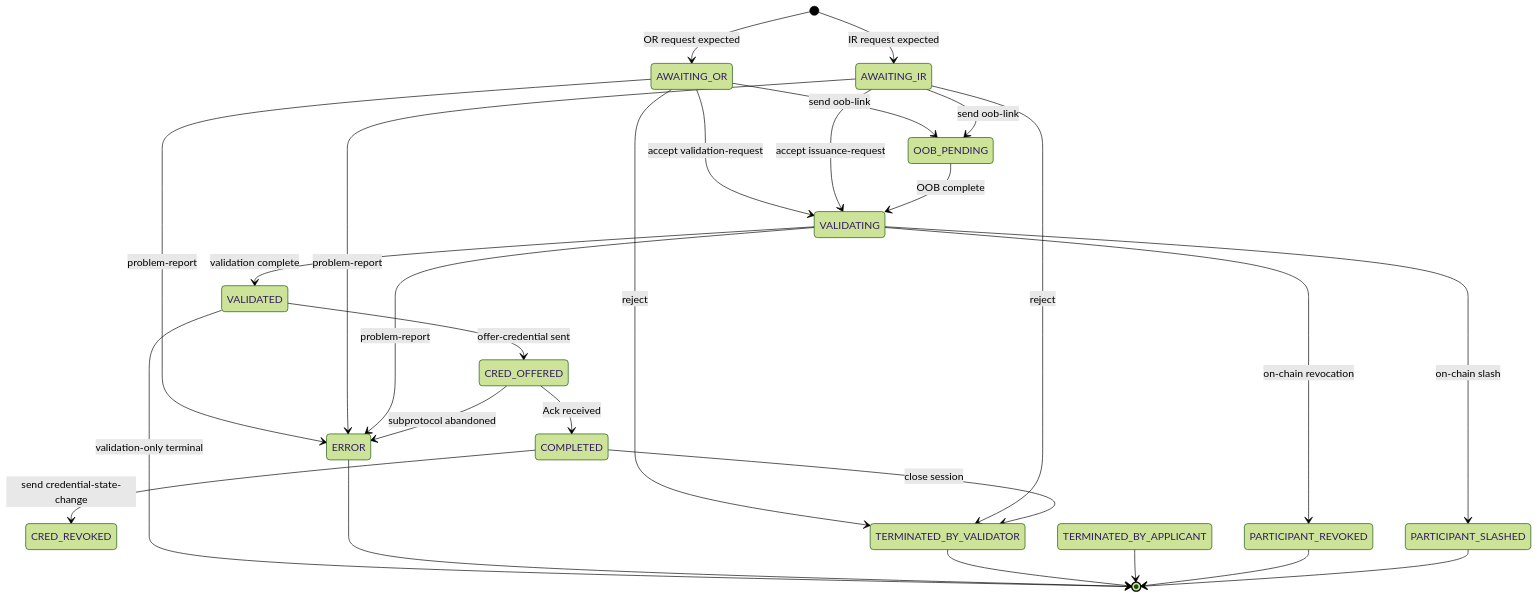
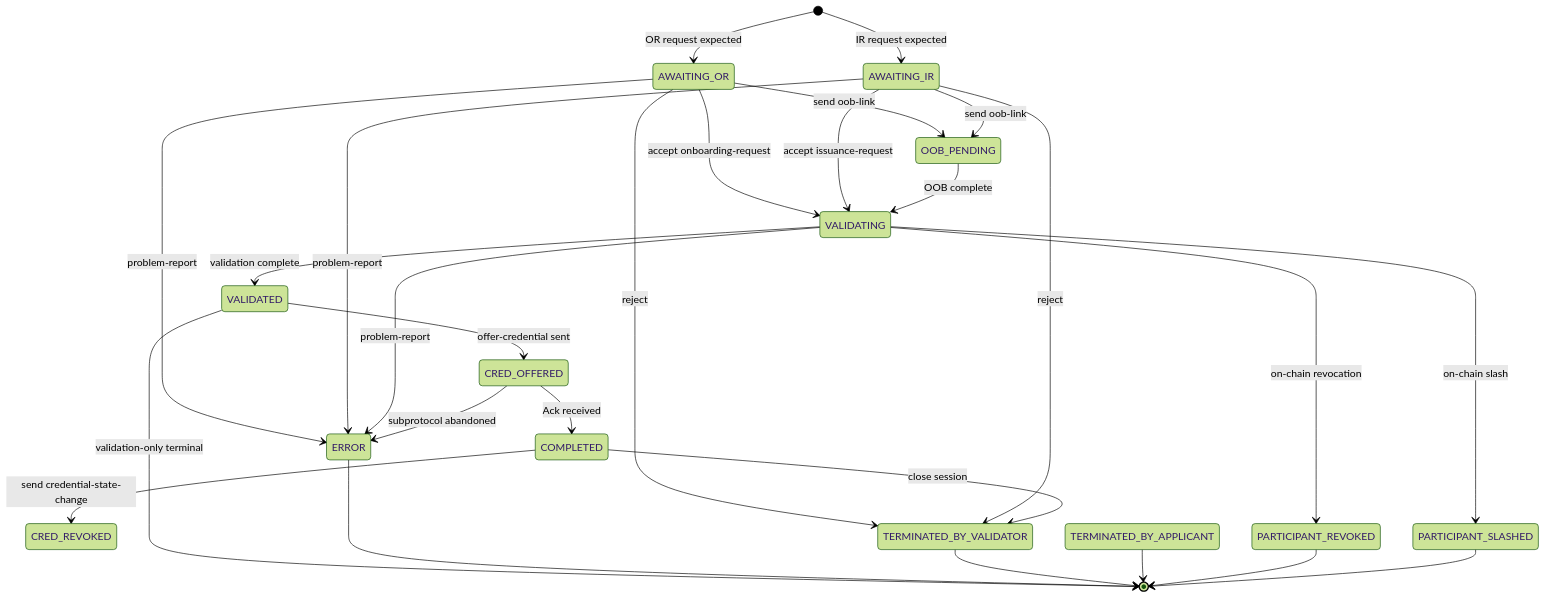
The third of 4 diagrams in v4/vt-flow-protocol/spec.md (verana-labs/verana-spec), drawn with Mermaid (forest theme) before and after one commit. The commit also changed other lines of this file and 2 other files, not shown here.

Commit message:
fix: duplicated steps + naming of messages and validation -> onboarding

````diff
--- a/v4/vt-flow-protocol/spec.md
+++ b/v4/vt-flow-protocol/spec.md
@@ -499,32 +499,32 @@
 ```mermaid
 stateDiagram-v2
     direction TB
     [*] --> AWAITING_OR: OR request expected
     [*] --> AWAITING_IR: IR request expected
-    AWAITING_OR --> VALIDATING: accept validation-request
+    AWAITING_OR --> VALIDATING: accept onboarding-request
     AWAITING_IR --> VALIDATING: accept issuance-request
     AWAITING_OR --> OOB_PENDING: send oob-link
     AWAITING_IR --> OOB_PENDING: send oob-link
     OOB_PENDING --> VALIDATING: OOB complete
     VALIDATING --> VALIDATED: validation complete
     VALIDATED --> CRED_OFFERED: offer-credential sent
     CRED_OFFERED --> COMPLETED: Ack received
 
     VALIDATED --> [*]: validation-only terminal
     COMPLETED --> CRED_REVOKED: send credential-state-change
 
     AWAITING_OR --> ERROR: problem-report
     AWAITING_IR --> ERROR: problem-report
     VALIDATING --> ERROR: problem-report
     CRED_OFFERED --> ERROR: subprotocol abandoned
     VALIDATING --> PARTICIPANT_REVOKED: on-chain revocation
     VALIDATING --> PARTICIPANT_SLASHED: on-chain slash
     AWAITING_OR --> TERMINATED_BY_VALIDATOR: reject
     AWAITING_IR --> TERMINATED_BY_VALIDATOR: reject
     COMPLETED --> TERMINATED_BY_VALIDATOR: close session
     ERROR --> [*]
     TERMINATED_BY_VALIDATOR --> [*]
     TERMINATED_BY_APPLICANT --> [*]
     PARTICIPANT_REVOKED --> [*]
     PARTICIPANT_SLASHED --> [*]
 ```
````
